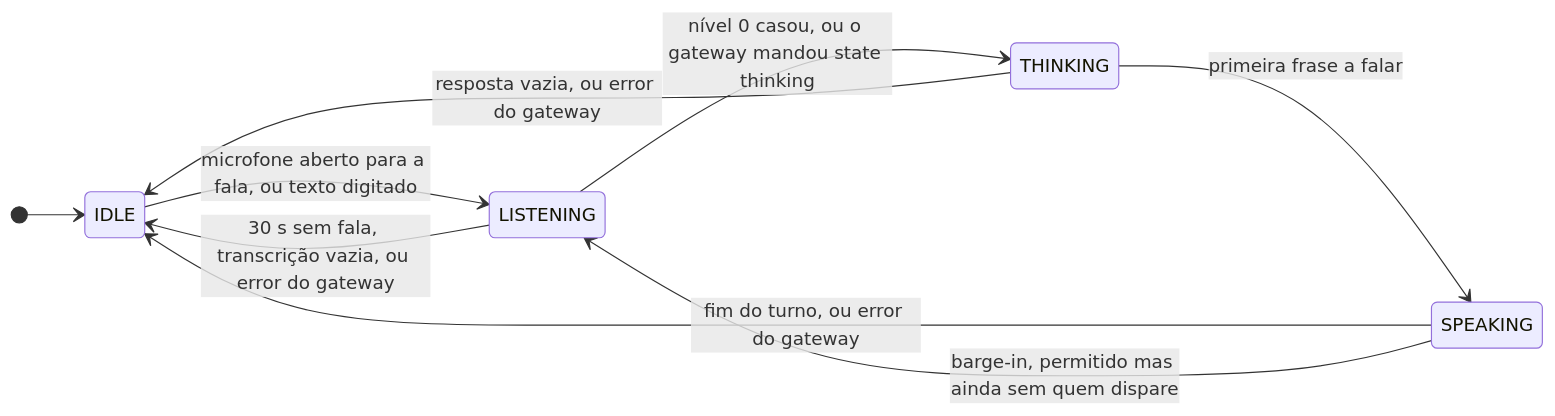
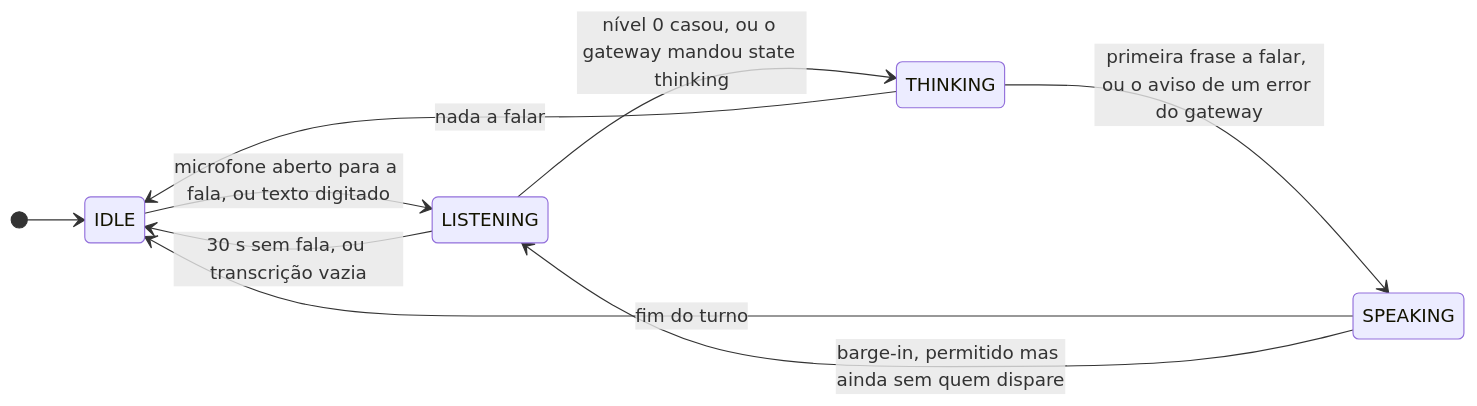
Before and after one commit to Ideraldo/Self-hosted-voice-assistant: the third of 6 diagrams in docs/arquitetura.md, drawn with Mermaid. The commit also changed other lines of this file, not shown here.

First line of the commit message:
docs: o error que encerra o turno e as falhas que agora falam, no desenho

````diff
--- a/docs/arquitetura.md
+++ b/docs/arquitetura.md
@@ -283,12 +286,12 @@
 ```mermaid
 stateDiagram-v2
     direction LR
     [*] --> IDLE
     IDLE --> LISTENING: microfone aberto para a fala, ou texto digitado
-    LISTENING --> IDLE: 30 s sem fala, transcrição vazia, ou error do gateway
+    LISTENING --> IDLE: 30 s sem fala, ou transcrição vazia
     LISTENING --> THINKING: nível 0 casou, ou o gateway mandou state thinking
-    THINKING --> SPEAKING: primeira frase a falar
-    THINKING --> IDLE: resposta vazia, ou error do gateway
-    SPEAKING --> IDLE: fim do turno, ou error do gateway
+    THINKING --> SPEAKING: primeira frase a falar, ou o aviso de um error do gateway
+    THINKING --> IDLE: nada a falar
+    SPEAKING --> IDLE: fim do turno
     SPEAKING --> LISTENING: barge-in, permitido mas ainda sem quem dispare
 ```
````
